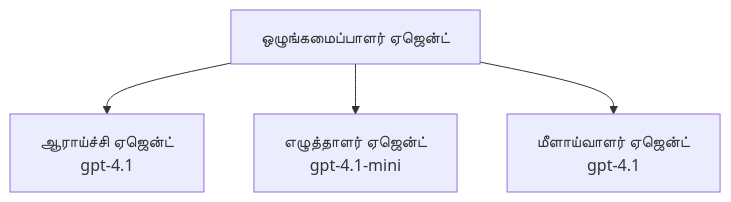
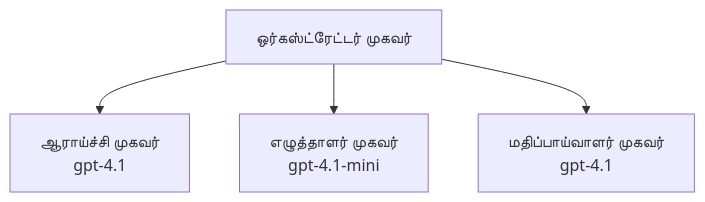
One commit to microsoft/AZD-for-beginners changed the third of 3 diagrams in translations/ta/docs/chapter-02-ai-development/agents.md. Above: the diagram before and after it, drawn with Mermaid. The commit also changed other lines of this file and 61 other files, not shown here.

````diff
--- a/translations/ta/docs/chapter-02-ai-development/agents.md
+++ b/translations/ta/docs/chapter-02-ai-development/agents.md
@@ -201,6 +201,6 @@
 ```mermaid
 graph TD
-    Orchestrator[ஒழுங்கமைப்பாளர் ஏஜென்ட்] --> Research[ஆராய்ச்சி ஏஜென்ட்<br/>gpt-4.1]
-    Orchestrator --> Writer[எழுத்தாளர் ஏஜென்ட்<br/>gpt-4.1-mini]
-    Orchestrator --> Reviewer[மீளாய்வாளர் ஏஜென்ட்<br/>gpt-4.1]
+    Orchestrator[ஒர்கஸ்ட்ரேட்டர் முகவர்] --> Research[ஆராய்ச்சி முகவர்<br/>gpt-4.1]
+    Orchestrator --> Writer[எழுத்தாளர் முகவர்<br/>gpt-4.1-mini]
+    Orchestrator --> Reviewer[மதிப்பாய்வாளர் முகவர்<br/>gpt-4.1]
 ```
````
